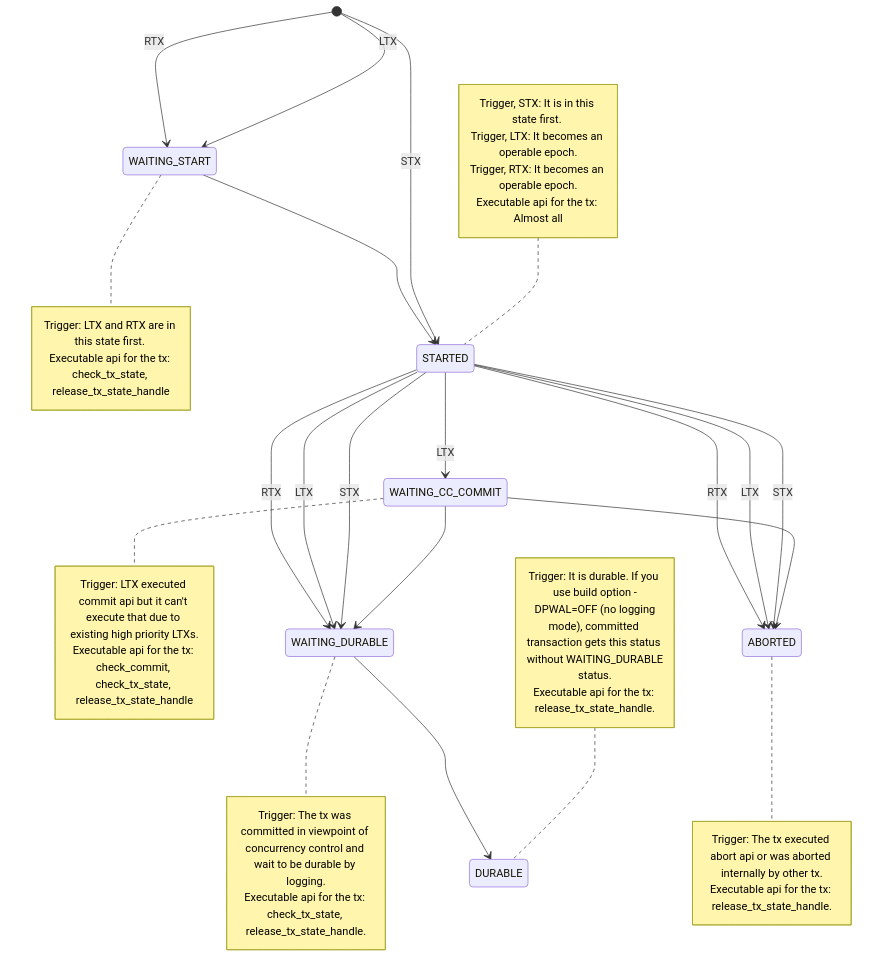
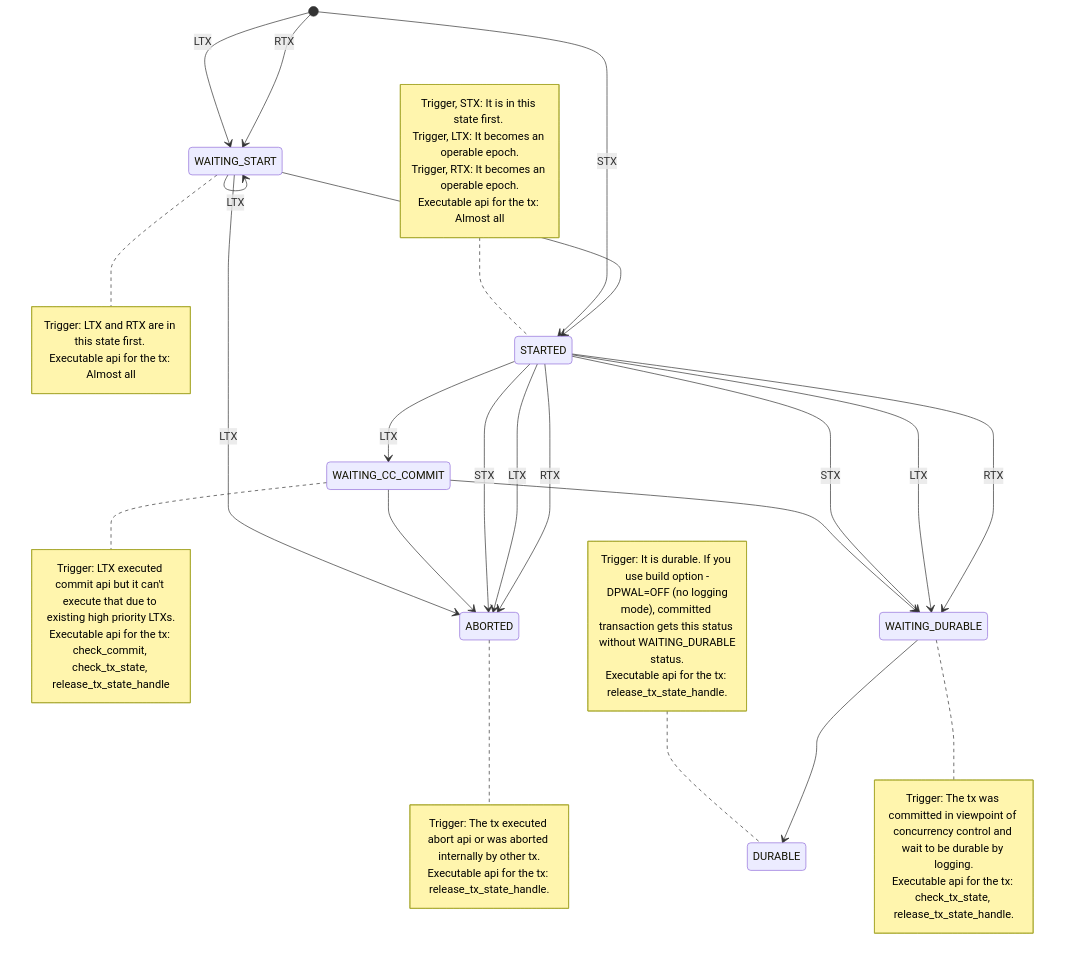
Before and after one commit to project-tsurugi/shirakami: the diagram in docs/transaction_state.md, drawn with Mermaid.

Commit message:
update transaction_state doc

````diff
--- a/docs/transaction_state.md
+++ b/docs/transaction_state.md
@@ -6,54 +6,56 @@
 ```mermaid
 stateDiagram-v2
     WAITING_START
     note right of WAITING_START
         Trigger: LTX and RTX are in this state first. 
-        Executable api for the tx: check_tx_state, release_tx_state_handle
+        Executable api for the tx: Almost all
     end note
     STARTED
     note left of STARTED
         Trigger, STX: It is in this state first. 
         Trigger, LTX: It becomes an operable epoch.
         Trigger, RTX: It becomes an operable epoch.
         Executable api for the tx: Almost all
     end note
     WAITING_CC_COMMIT
     note right of WAITING_CC_COMMIT
         Trigger: LTX executed commit api but it can't execute that due to 
         existing high priority LTXs.
         Executable api for the tx: check_commit, check_tx_state, release_tx_state_handle
     end note
     ABORTED
     note right of ABORTED
         Trigger: The tx executed abort api or was aborted internally by other tx.
         Executable api for the tx: release_tx_state_handle.
     end note
     WAITING_DURABLE
     note right of WAITING_DURABLE
         Trigger: The tx was committed in viewpoint of concurrency control and 
         wait to be durable by logging.
         Executable api for the tx: check_tx_state, release_tx_state_handle.
     end note
     DURABLE
     note left of DURABLE
         Trigger: It is durable. If you use build option -DPWAL=OFF (no logging
         mode), committed transaction gets this status without WAITING_DURABLE
         status.
         Executable api for the tx: release_tx_state_handle.
     end note
 
     [*] --> STARTED: STX
     [*] --> WAITING_START: LTX
     [*] --> WAITING_START: RTX
     WAITING_START --> STARTED
+    WAITING_START --> WAITING_START: LTX
+    WAITING_START --> ABORTED: LTX
     STARTED --> WAITING_CC_COMMIT: LTX
     WAITING_CC_COMMIT --> ABORTED
     WAITING_CC_COMMIT --> WAITING_DURABLE
     STARTED --> WAITING_DURABLE: STX
     STARTED --> WAITING_DURABLE: LTX
     STARTED --> WAITING_DURABLE: RTX
     STARTED --> ABORTED: STX
     STARTED --> ABORTED: LTX
     STARTED --> ABORTED: RTX
     WAITING_DURABLE --> DURABLE
 ```
````
